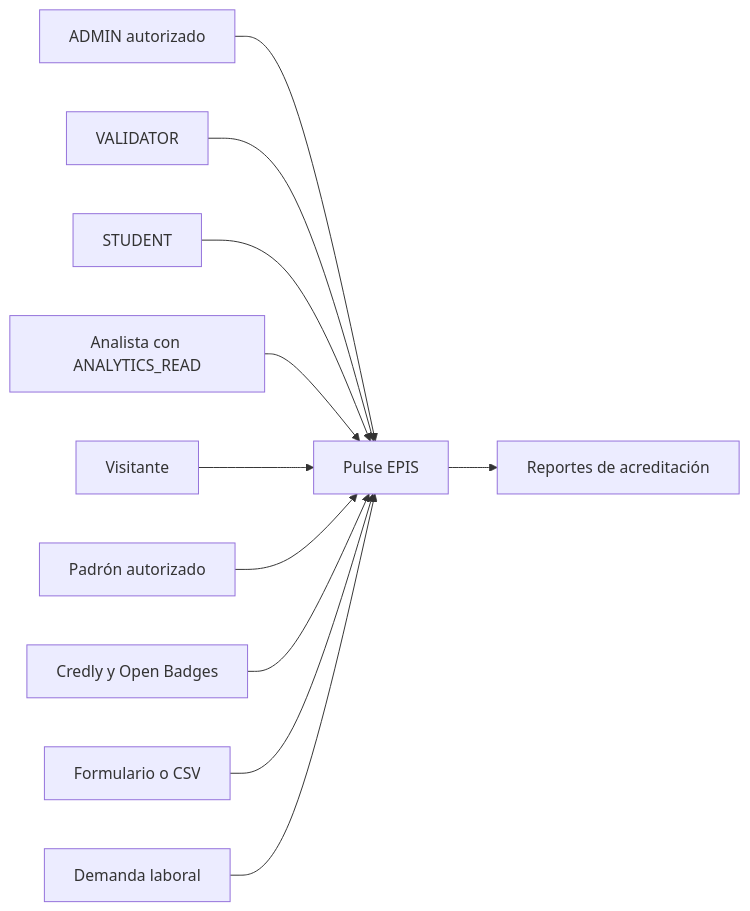
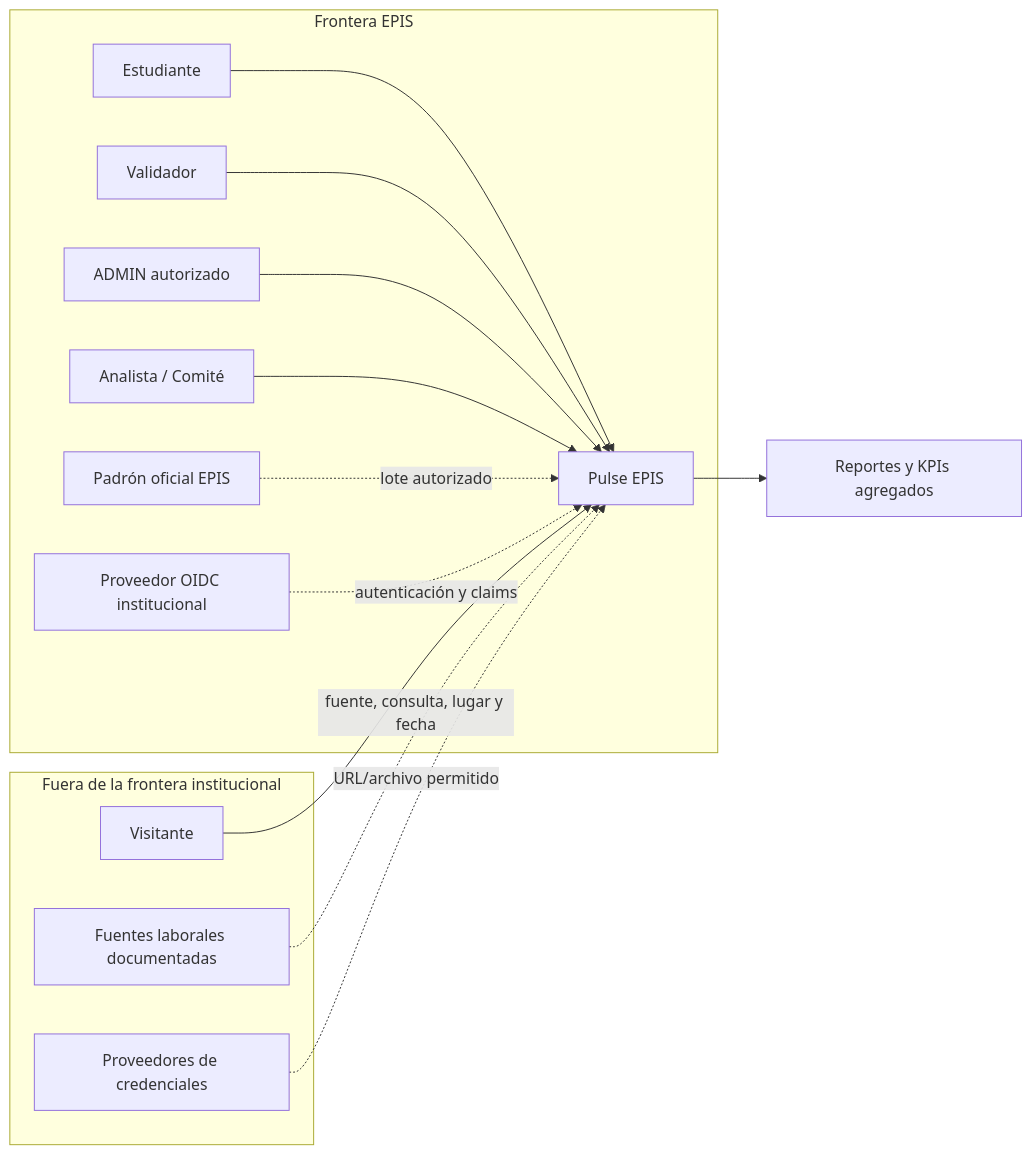
One commit to Kiara1616/pulse-epis changed the first of 5 diagrams in docs/FD04-EPIS-Informe Arquitectura de Software.md. Above: the diagram before and after it, drawn with Mermaid. The commit also changed other lines of this file, not shown here.

Commit message:
docs: complete FD04 software architecture

````diff
--- a/docs/FD04-EPIS-Informe Arquitectura de Software.md
+++ b/docs/FD04-EPIS-Informe Arquitectura de Software.md
@@ -38,13 +67,29 @@
 ```mermaid
 flowchart LR
-  Admin[ADMIN autorizado] --> Pulse[Pulse EPIS]
-  Validator[VALIDATOR] --> Pulse
-  Student[STUDENT] --> Pulse
-  Analyst[Analista con ANALYTICS_READ] --> Pulse
-  Visitor[Visitante] --> Pulse
-  Registry[Padrón autorizado] --> Pulse
-  Badges[Credly y Open Badges] --> Pulse
-  Forms[Formulario o CSV] --> Pulse
-  Jobs[Demanda laboral] --> Pulse
-  Pulse --> Reports[Reportes de acreditación]
+  subgraph Publico["Fuera de la frontera institucional"]
+    Visitor["Visitante"]
+    Labor["Fuentes laborales documentadas"]
+    Badge["Proveedores de credenciales"]
+  end
+
+  subgraph EPIS["Frontera EPIS"]
+    Student["Estudiante"]
+    Validator["Validador"]
+    Admin["ADMIN autorizado"]
+    Analyst["Analista / Comité"]
+    Pulse["Pulse EPIS"]
+    Registry["Padrón oficial EPIS"]
+    Identity["Proveedor OIDC institucional"]
+  end
+
+  Student --> Pulse
+  Validator --> Pulse
+  Admin --> Pulse
+  Analyst --> Pulse
+  Visitor --> Pulse
+  Registry -. "lote autorizado" .-> Pulse
+  Identity -. "autenticación y claims" .-> Pulse
+  Badge -. "URL/archivo permitido" .-> Pulse
+  Labor -. "fuente, consulta, lugar y fecha" .-> Pulse
+  Pulse --> Reports["Reportes y KPIs agregados"]
 ```
````
